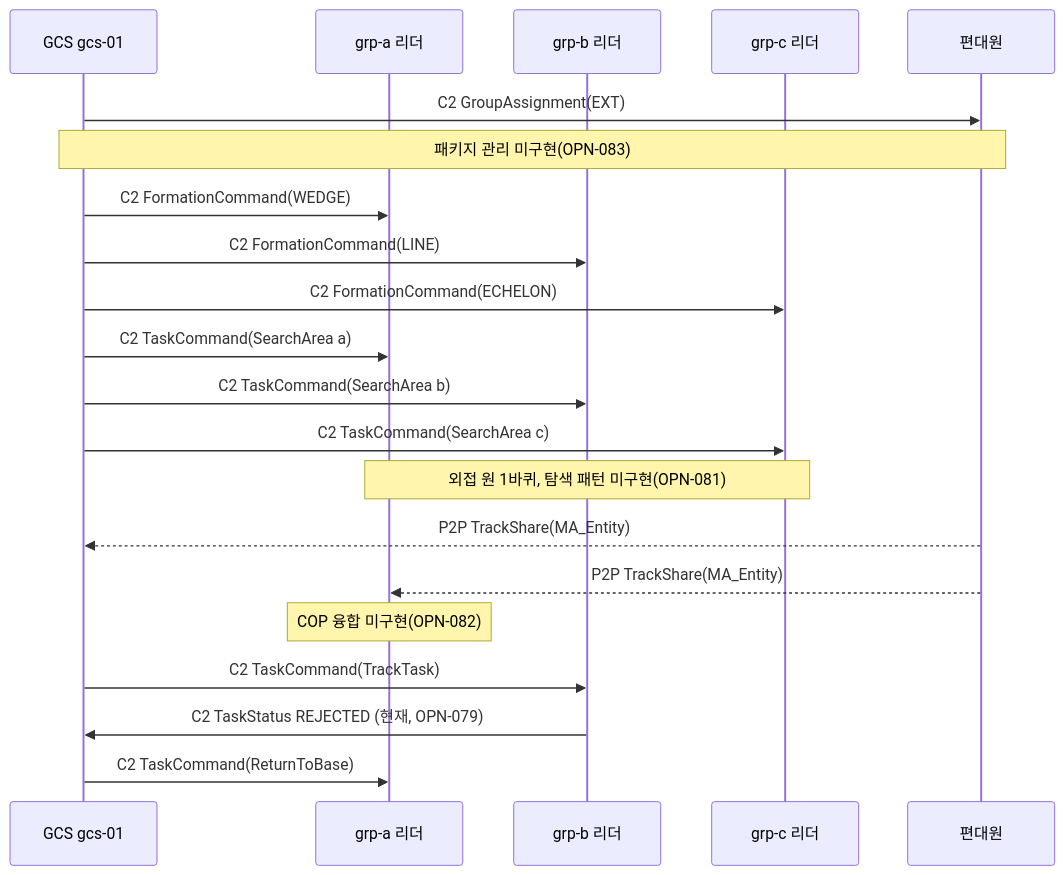
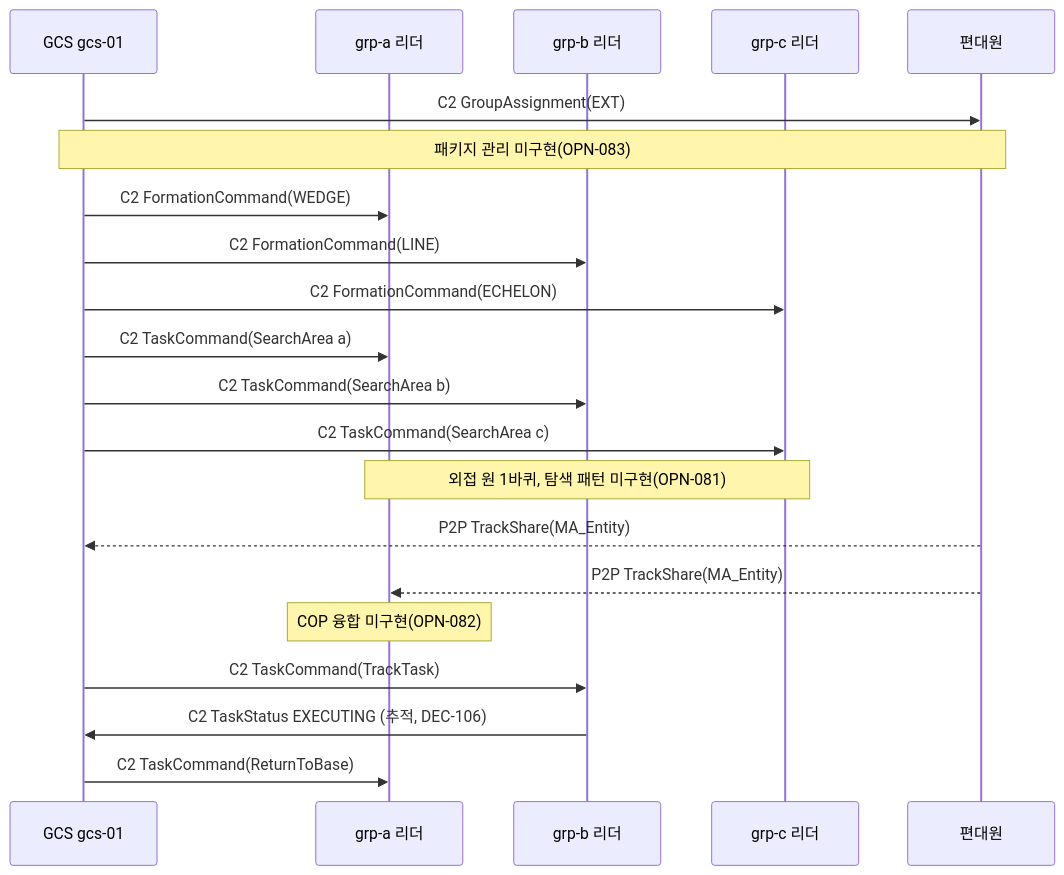
The sixth of 6 diagrams in docs/50_operational_scenarios.md (Kimbyung-wook/SwarmFlSim), drawn with Mermaid before and after one commit. The commit also changed other lines of this file and 2 other files, not shown here.

Commit message:
docs/50 운용 시나리오 기능 상태를 0.24.0 기준으로 갱신 (DEC-106, DEC-107, IMP-AGT-060)

````diff
--- a/docs/50_operational_scenarios.md
+++ b/docs/50_operational_scenarios.md
@@ -634,23 +634,23 @@
 ```mermaid
 sequenceDiagram
     participant G as GCS gcs-01
     participant A as grp-a 리더
     participant B as grp-b 리더
     participant C as grp-c 리더
     participant M as 편대원
     G->>M: C2 GroupAssignment(EXT)
     Note over G,M: 패키지 관리 미구현(OPN-083)
     G->>A: C2 FormationCommand(WEDGE)
     G->>B: C2 FormationCommand(LINE)
     G->>C: C2 FormationCommand(ECHELON)
     G->>A: C2 TaskCommand(SearchArea a)
     G->>B: C2 TaskCommand(SearchArea b)
     G->>C: C2 TaskCommand(SearchArea c)
     Note over A,C: 외접 원 1바퀴, 탐색 패턴 미구현(OPN-081)
     M-->>G: P2P TrackShare(MA_Entity)
     M-->>A: P2P TrackShare(MA_Entity)
     Note over A: COP 융합 미구현(OPN-082)
     G->>B: C2 TaskCommand(TrackTask)
-    B->>G: C2 TaskStatus REJECTED (현재, OPN-079)
+    B->>G: C2 TaskStatus EXECUTING (추적, DEC-106)
     G->>A: C2 TaskCommand(ReturnToBase)
 ```
````
